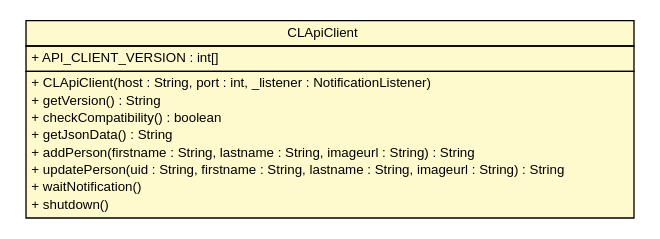
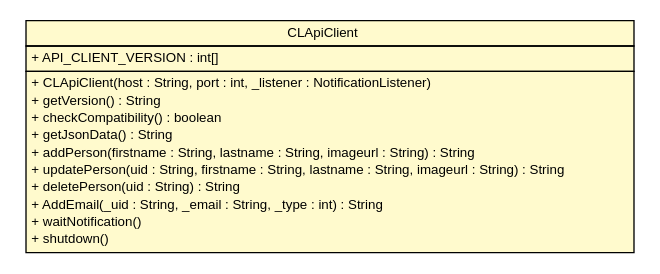
One commit to ericpinet/ConnectLife changed the diagram in javadoc/clapi/com/clapi/client/CLApiClient.dot. Above: the diagram before and after it, drawn with Graphviz. The commit also changed 222 other files, not shown here.

```diff
--- a/javadoc/clapi/com/clapi/client/CLApiClient.dot
+++ b/javadoc/clapi/com/clapi/client/CLApiClient.dot
@@ -1,31 +1,33 @@
 #!/usr/local/bin/dot
 #
 # Class diagram 
 # Generated by UMLGraph version 5.1 (http://www.umlgraph.org/)
 #
 
 digraph G {
 	edge [fontname="Helvetica",fontsize=10,labelfontname="Helvetica",labelfontsize=10];
 	node [fontname="Helvetica",fontsize=10,shape=plaintext];
 	nodesep=0.25;
 	ranksep=0.5;
 	// com.clapi.client.CLApiClient
 	c573 [label=<<table title="com.clapi.client.CLApiClient" border="0" cellborder="1" cellspacing="0" cellpadding="2" port="p" bgcolor="lemonChiffon" href="./CLApiClient.html">
 		<tr><td><table border="0" cellspacing="0" cellpadding="1">
 <tr><td align="center" balign="center"> CLApiClient </td></tr>
 		</table></td></tr>
 		<tr><td><table border="0" cellspacing="0" cellpadding="1">
 <tr><td align="left" balign="left"> + API_CLIENT_VERSION : int[] </td></tr>
 		</table></td></tr>
 		<tr><td><table border="0" cellspacing="0" cellpadding="1">
 <tr><td align="left" balign="left"> + CLApiClient(host : String, port : int, _listener : NotificationListener) </td></tr>
 <tr><td align="left" balign="left"> + getVersion() : String </td></tr>
 <tr><td align="left" balign="left"> + checkCompatibility() : boolean </td></tr>
 <tr><td align="left" balign="left"> + getJsonData() : String </td></tr>
 <tr><td align="left" balign="left"> + addPerson(firstname : String, lastname : String, imageurl : String) : String </td></tr>
 <tr><td align="left" balign="left"> + updatePerson(uid : String, firstname : String, lastname : String, imageurl : String) : String </td></tr>
+<tr><td align="left" balign="left"> + deletePerson(uid : String) : String </td></tr>
+<tr><td align="left" balign="left"> + AddEmail(_uid : String, _email : String, _type : int) : String </td></tr>
 <tr><td align="left" balign="left"> + waitNotification() </td></tr>
 <tr><td align="left" balign="left"> + shutdown() </td></tr>
 		</table></td></tr>
 		</table>>, fontname="Helvetica", fontcolor="black", fontsize=10.0];
 }
```
